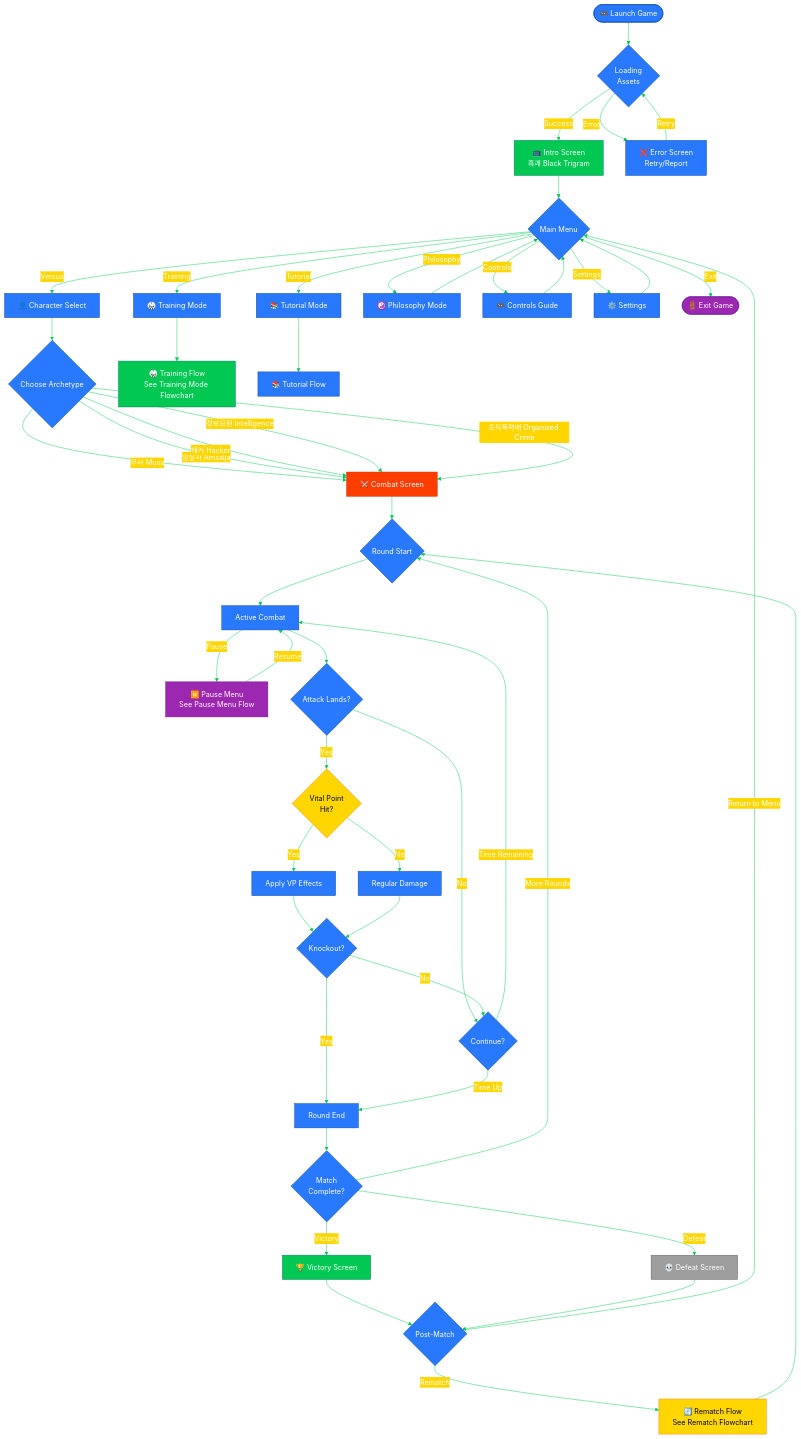
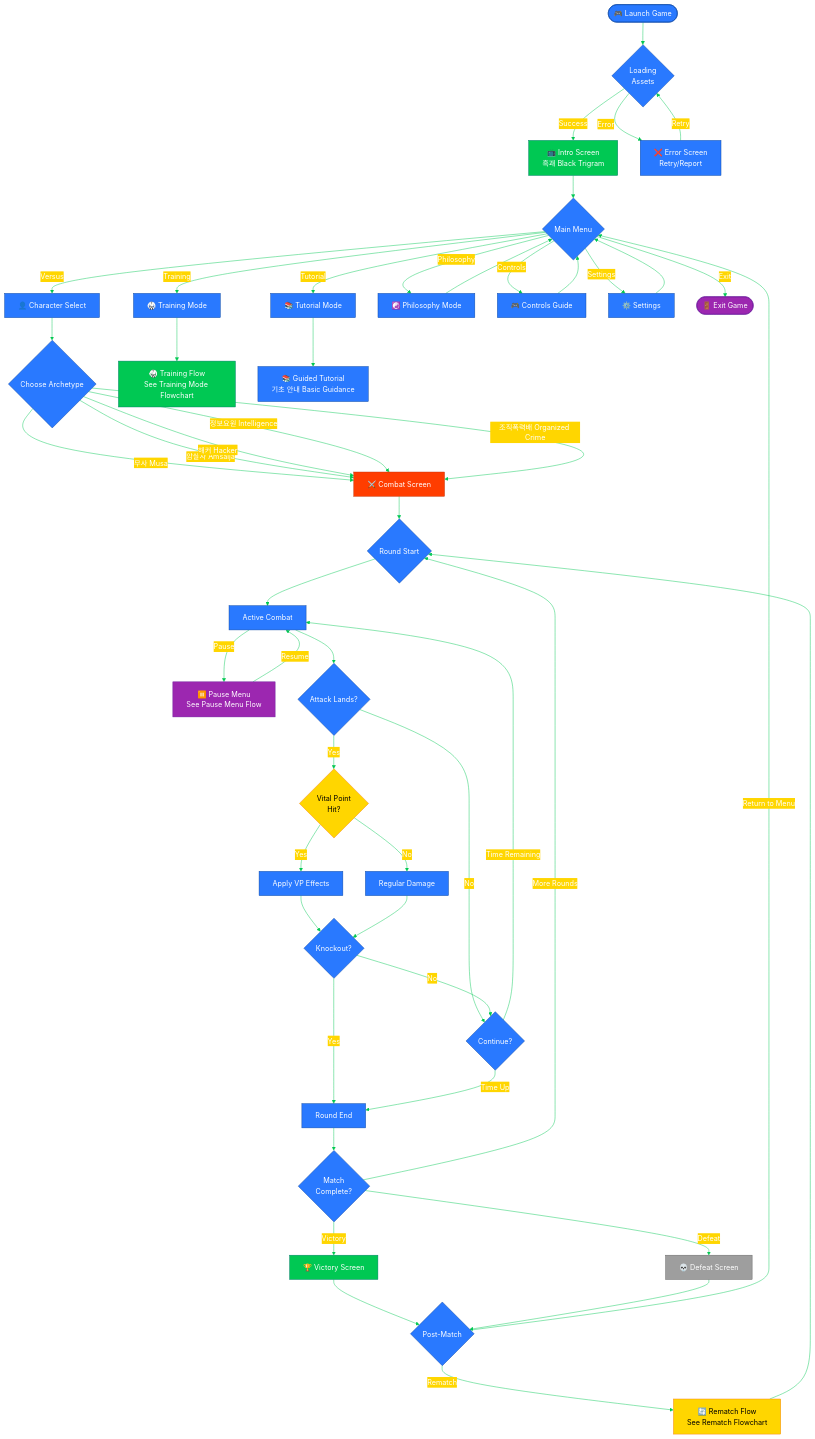
Before and after one commit to Hack23/blacktrigram: the first of 11 diagrams in FLOWCHART.md, drawn with Mermaid. The commit also changed 2 other files, not shown here.

Commit message:
docs: address PR review comments on tutorial flow and state docs
Agent-Logs-Url: https://github.com/Hack23/blacktrigram/sessions/e301d5da-bf23-4c6c-a107-5e6c81c45170

````diff
--- a/FLOWCHART.md
+++ b/FLOWCHART.md
@@ -37,77 +37,77 @@
 ```mermaid
 %%{init: {'theme':'base', 'themeVariables': {'primaryColor':'#2979FF','primaryTextColor':'#fff','primaryBorderColor':'#0D47A1','lineColor':'#00C853','secondaryColor':'#FFD600','tertiaryColor':'#FF3D00'}}}%%
 flowchart TD
     Start([🎮 Launch Game]) --> Load{Loading<br/>Assets}
 
     Load -->|Success| Intro[📺 Intro Screen<br/>흑괘 Black Trigram]
     Load -->|Error| Error[❌ Error Screen<br/>Retry/Report]
     Error -->|Retry| Load
 
     Intro --> Menu{Main Menu}
 
     Menu -->|Training| Training[🥋 Training Mode]
     Menu -->|Versus| CharSelect[👤 Character Select]
     Menu -->|Tutorial| Tutorial[📚 Tutorial Mode]
     Menu -->|Philosophy| Philosophy[☯️ Philosophy Mode]
     Menu -->|Controls| Controls[🎮 Controls Guide]
     Menu -->|Settings| Settings[⚙️ Settings]
     Menu -->|Exit| Exit([🚪 Exit Game])
 
     Settings --> Menu
     Philosophy --> Menu
     Controls --> Menu
 
     CharSelect --> SelectArchetype{Choose Archetype}
     SelectArchetype -->|무사 Musa| Combat
     SelectArchetype -->|암살자 Amsalja| Combat
     SelectArchetype -->|해커 Hacker| Combat
     SelectArchetype -->|정보요원 Intelligence| Combat
     SelectArchetype -->|조직폭력배 Organized Crime| Combat
 
     Training --> TrainingFlow[🥋 Training Flow<br/>See Training Mode Flowchart]
-    Tutorial --> TutorialFlow[📚 Tutorial Flow]
+    Tutorial --> TutorialGuide[📚 Guided Tutorial<br/>기초 안내 Basic Guidance]
 
     Combat[⚔️ Combat Screen] --> Round{Round Start}
     Round --> Fight[Active Combat]
 
     Fight -->|Pause| PauseMenu[⏸️ Pause Menu<br/>See Pause Menu Flow]
     PauseMenu -->|Resume| Fight
 
     Fight --> HitCheck{Attack Lands?}
     HitCheck -->|Yes| VPCheck{Vital Point<br/>Hit?}
     HitCheck -->|No| ContinueFight{Continue?}
 
     VPCheck -->|Yes| VPEffect[Apply VP Effects]
     VPCheck -->|No| RegularDmg[Regular Damage]
 
     VPEffect --> CheckKO{Knockout?}
     RegularDmg --> CheckKO
 
     CheckKO -->|Yes| RoundEnd[Round End]
     CheckKO -->|No| ContinueFight
 
     ContinueFight -->|Time Remaining| Fight
     ContinueFight -->|Time Up| RoundEnd
 
     RoundEnd --> MatchCheck{Match<br/>Complete?}
     MatchCheck -->|More Rounds| Round
     MatchCheck -->|Victory| Victory[🏆 Victory Screen]
     MatchCheck -->|Defeat| Defeat[💀 Defeat Screen]
 
     Victory --> PostMatch{Post-Match}
     Defeat --> PostMatch
     PostMatch -->|Return to Menu| Menu
     PostMatch -->|Rematch| RematchFlow[🔄 Rematch Flow<br/>See Rematch Flowchart]
     RematchFlow --> Round
 
     style Start fill:#2979FF,stroke:#0D47A1,color:#fff
     style Intro fill:#00C853,stroke:#00796B,color:#fff
     style Combat fill:#FF3D00,stroke:#BF360C,color:#fff
     style VPCheck fill:#FFD600,stroke:#F57F17,color:#000
     style Victory fill:#00C853,stroke:#00796B,color:#fff
     style Defeat fill:#9E9E9E,stroke:#616161,color:#fff
     style Exit fill:#9C27B0,stroke:#6A1B9A,color:#fff
     style PauseMenu fill:#9C27B0,stroke:#6A1B9A,color:#fff
     style TrainingFlow fill:#00C853,stroke:#00796B,color:#fff
     style RematchFlow fill:#FFD600,stroke:#F57F17,color:#000
 ```
````
